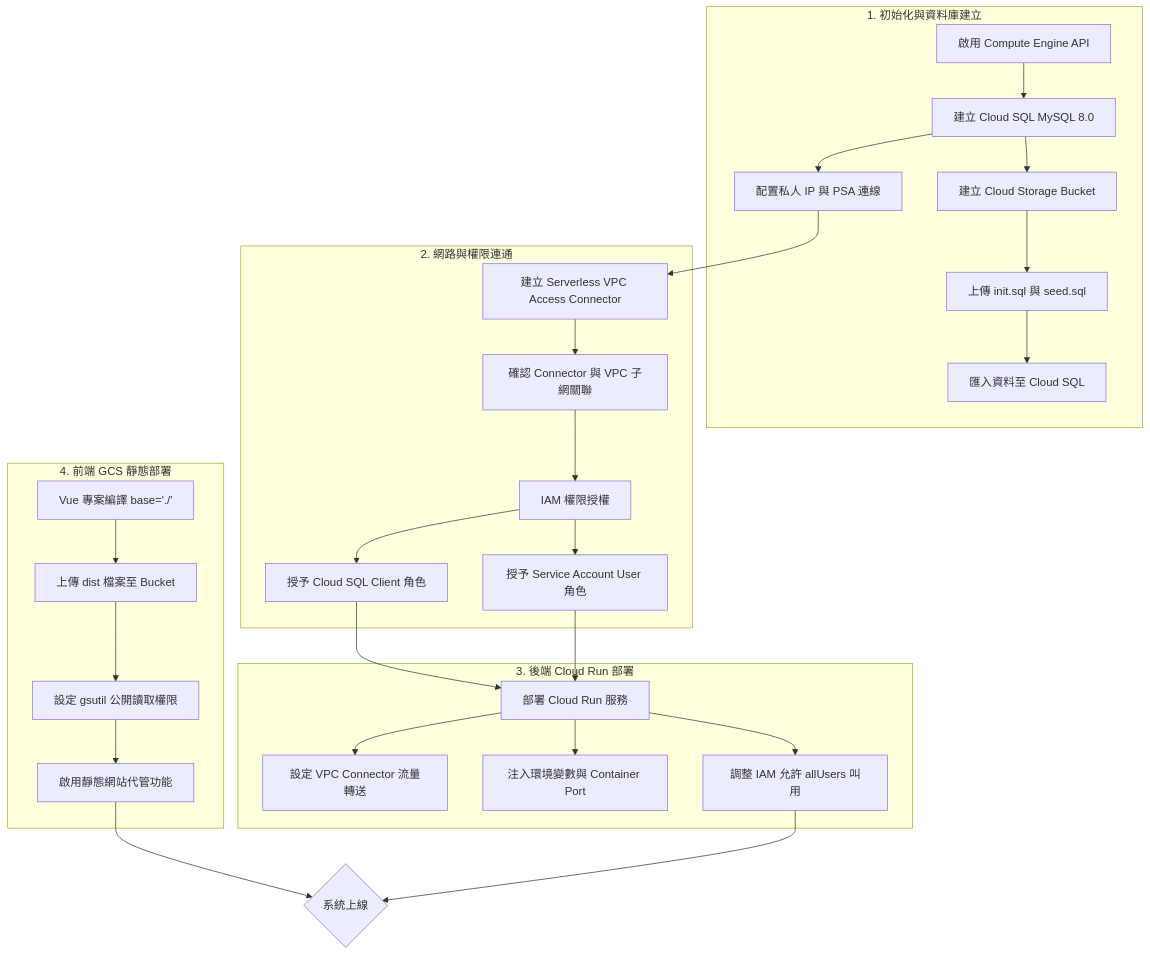
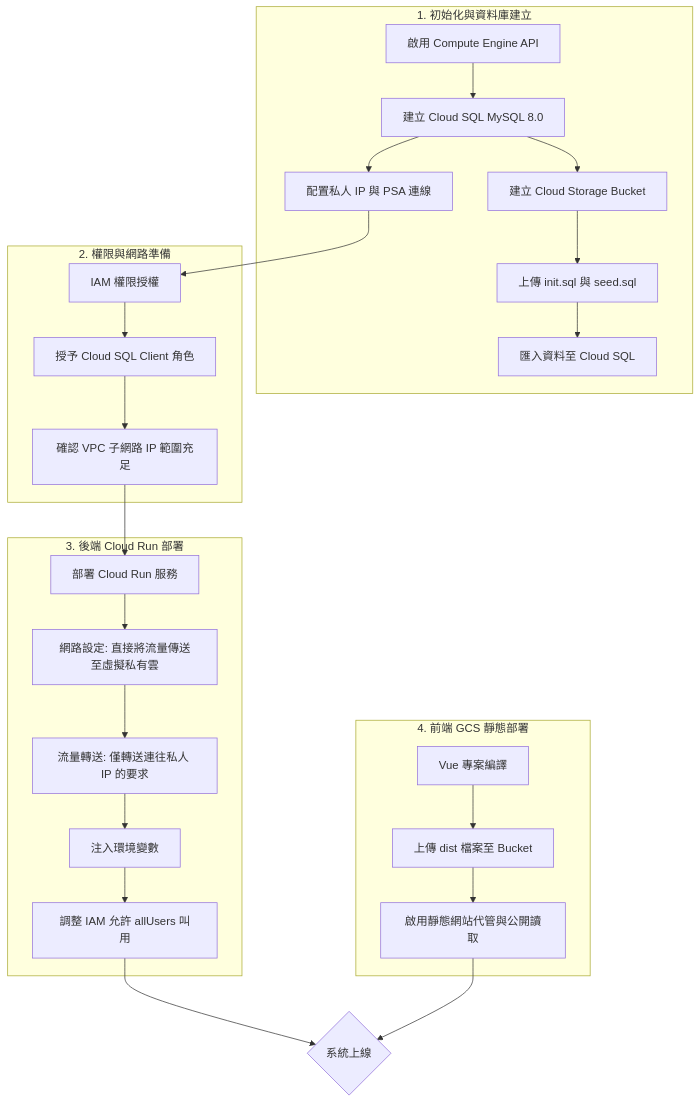
Before and after one commit to ChouKuangWen/Coffee-Hub: the fifth of 5 diagrams in README.md, drawn with Mermaid.

Commit message:
docs: 更新 README 流程，移除高成本的 VPC Connector 步驟

````diff
--- a/README.md
+++ b/README.md
@@ -414,36 +414,34 @@
 ```mermaid
 flowchart TD
     %% 節點定義與樣式
     subgraph Initialization [1. 初始化與資料庫建立]
         A[啟用 Compute Engine API] --> B[建立 Cloud SQL MySQL 8.0]
         B --> B1[配置私人 IP 與 PSA 連線]
         B --> C[建立 Cloud Storage Bucket]
         C --> C1[上傳 init.sql 與 seed.sql]
         C1 --> C2[匯入資料至 Cloud SQL]
     end
 
-    subgraph Connectivity [2. 網路與權限連通]
-        B1 --> D[建立 Serverless VPC Access Connector]
-        D --> D1[確認 Connector 與 VPC 子網關聯]
-        D1 --> E[IAM 權限授權]
+    subgraph Connectivity [2. 權限與網路準備]
+        B1 --> E[IAM 權限授權]
         E --> E1[授予 Cloud SQL Client 角色]
-        E --> E2[授予 Service Account User 角色]
+        E1 --> E2[確認 VPC 子網路 IP 範圍充足]
     end
 
     subgraph Backend_Deployment [3. 後端 Cloud Run 部署]
-        E1 & E2 --> F[部署 Cloud Run 服務]
-        F --> F1[設定 VPC Connector 流量轉送]
-        F --> F2[注入環境變數與 Container Port]
-        F --> F3[調整 IAM 允許 allUsers 叫用]
+        E2 --> F[部署 Cloud Run 服務]
+        F --> F1[網路設定: 直接將流量傳送至虛擬私有雲]
+        F1 --> F2[流量轉送: 僅轉送連往私人 IP 的要求]
+        F2 --> F3[注入環境變數]
+        F3 --> F4[調整 IAM 允許 allUsers 叫用]
     end
 
     subgraph Frontend_Deployment [4. 前端 GCS 靜態部署]
-        G[Vue 專案編譯 base='./'] --> G1[上傳 dist 檔案至 Bucket]
-        G1 --> G2[設定 gsutil 公開讀取權限]
-        G2 --> G3[啟用靜態網站代管功能]
+        G[Vue 專案編譯] --> G1[上傳 dist 檔案至 Bucket]
+        G1 --> G2[啟用靜態網站代管與公開讀取]
     end
 
     %% 最終連線
-    G3 --> H{系統上線}
-    F3 --> H
+    F4 --> H{系統上線}
+    G2 --> H
 ```
````
